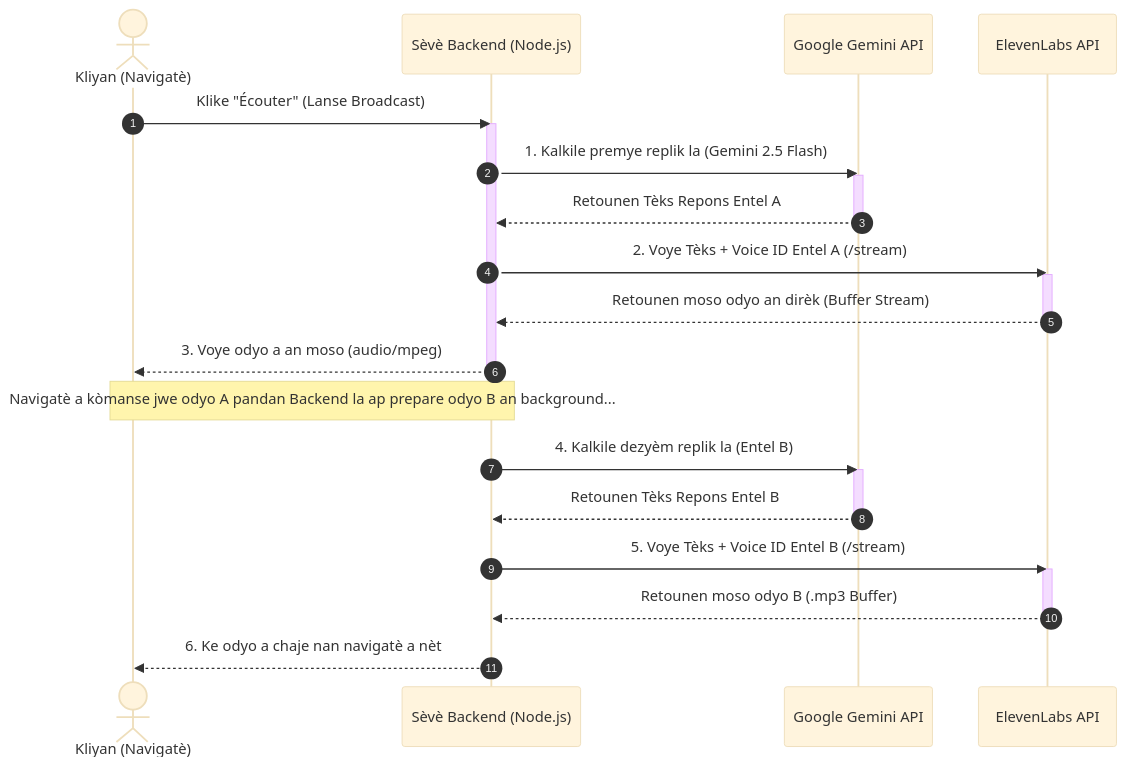
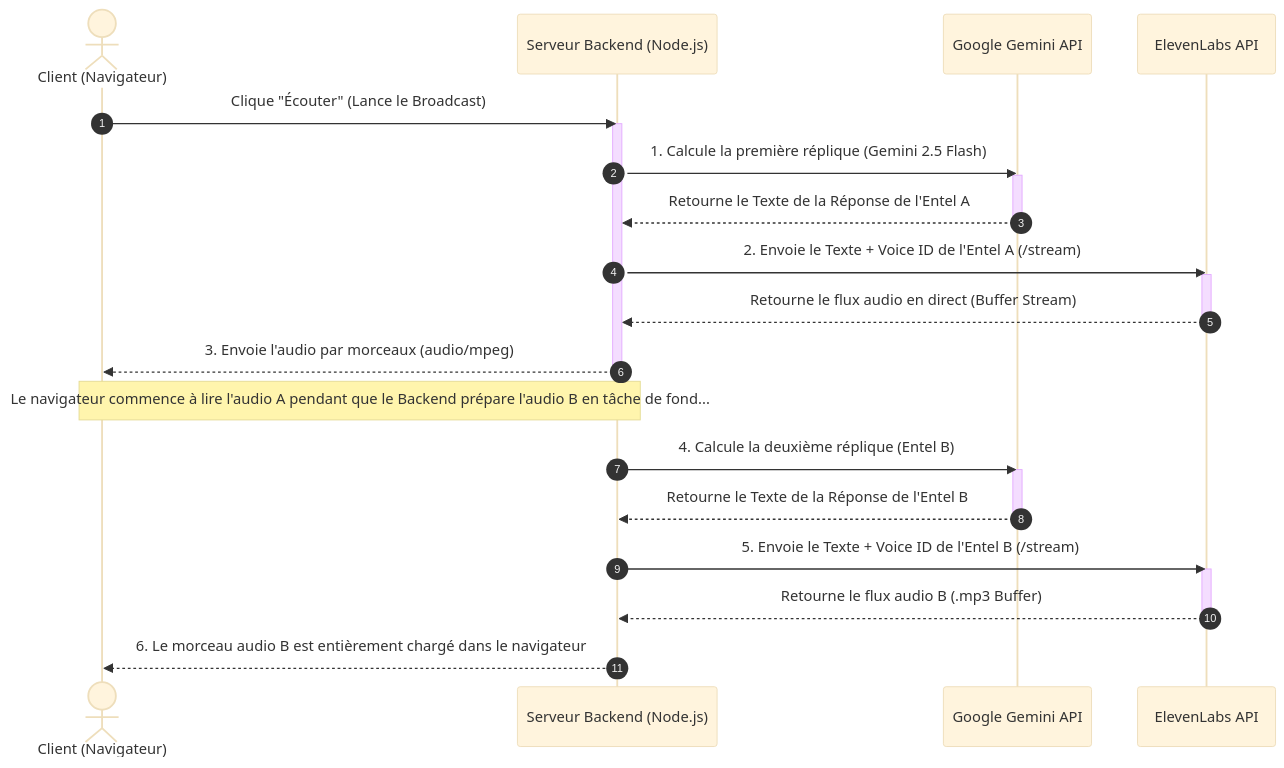
The diagram in veltrix_broadcast_plan.md (toogee/Veltrix), drawn with Mermaid (base theme) before and after one commit. The commit also changed other lines of this file and 2 other files, not shown here.

Commit message:
docs: translate architectural and audio plans to French & add ElevenLabs model selection guide

````diff
--- a/veltrix_broadcast_plan.md
+++ b/veltrix_broadcast_plan.md
@@ -27,33 +27,33 @@
 ```mermaid
 sequenceDiagram
     autonumber
-    actor User as Kliyan (Navigatè)
-    participant Server as Sèvè Backend (Node.js)
+    actor User as Client (Navigateur)
+    participant Server as Serveur Backend (Node.js)
     participant Gemini as Google Gemini API
     participant ElevenLabs as ElevenLabs API
 
-    User->>Server: Klike "Écouter" (Lanse Broadcast)
+    User->>Server: Clique "Écouter" (Lance le Broadcast)
     activate Server
-    Server->>Gemini: 1. Kalkile premye replik la (Gemini 2.5 Flash)
+    Server->>Gemini: 1. Calcule la première réplique (Gemini 2.5 Flash)
     activate Gemini
-    Gemini-->>Server: Retounen Tèks Repons Entel A
+    Gemini-->>Server: Retourne le Texte de la Réponse de l'Entel A
     deactivate Gemini
-    Server->>ElevenLabs: 2. Voye Tèks + Voice ID Entel A (/stream)
+    Server->>ElevenLabs: 2. Envoie le Texte + Voice ID de l'Entel A (/stream)
     activate ElevenLabs
-    ElevenLabs-->>Server: Retounen moso odyo an dirèk (Buffer Stream)
+    ElevenLabs-->>Server: Retourne le flux audio en direct (Buffer Stream)
     deactivate ElevenLabs
-    Server-->>User: 3. Voye odyo a an moso (audio/mpeg)
+    Server-->>User: 3. Envoie l'audio par morceaux (audio/mpeg)
     deactivate Server
     
-    Note over User, Server: Navigatè a kòmanse jwe odyo A pandan Backend la ap prepare odyo B an background...
+    Note over User, Server: Le navigateur commence à lire l'audio A pendant que le Backend prépare l'audio B en tâche de fond...
     
-    Server->>Gemini: 4. Kalkile dezyèm replik la (Entel B)
+    Server->>Gemini: 4. Calcule la deuxième réplique (Entel B)
     activate Gemini
-    Gemini-->>Server: Retounen Tèks Repons Entel B
+    Gemini-->>Server: Retourne le Texte de la Réponse de l'Entel B
     deactivate Gemini
-    Server->>ElevenLabs: 5. Voye Tèks + Voice ID Entel B (/stream)
+    Server->>ElevenLabs: 5. Envoie le Texte + Voice ID de l'Entel B (/stream)
     activate ElevenLabs
-    ElevenLabs-->>Server: Retounen moso odyo B (.mp3 Buffer)
+    ElevenLabs-->>Server: Retourne le flux audio B (.mp3 Buffer)
     deactivate ElevenLabs
-    Server-->>User: 6. Ke odyo a chaje nan navigatè a nèt
+    Server-->>User: 6. Le morceau audio B est entièrement chargé dans le navigateur
 ```
````
